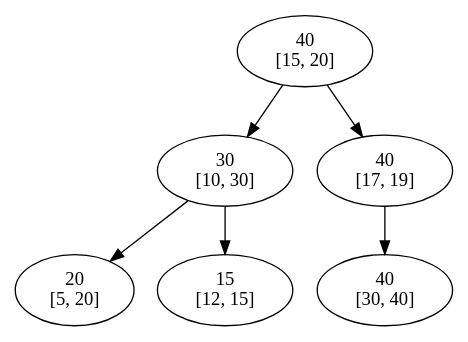
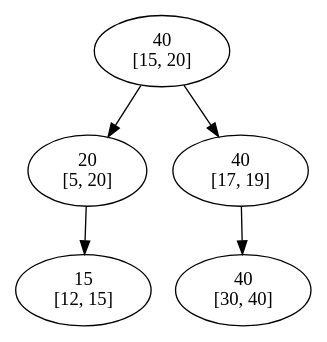
The diagram in interval_trees/interval_tree.gv (shivaang12/python-data-structure), drawn with Graphviz before and after one commit. The commit also changed 2 other files, not shown here.

```diff
--- a/interval_trees/interval_tree.gv
+++ b/interval_trees/interval_tree.gv
@@ -1,17 +1,14 @@
 digraph G {
 	"40
-[15, 20]" -> "30
-[10, 30]"
+[15, 20]" -> "20
+[5, 20]"
 	"40
 [15, 20]" -> "40
 [17, 19]"
-	"30
-[10, 30]" -> "20
-[5, 20]"
-	"30
-[10, 30]" -> "15
+	"20
+[5, 20]" -> "15
 [12, 15]"
 	"40
 [17, 19]" -> "40
 [30, 40]"
 }
```
